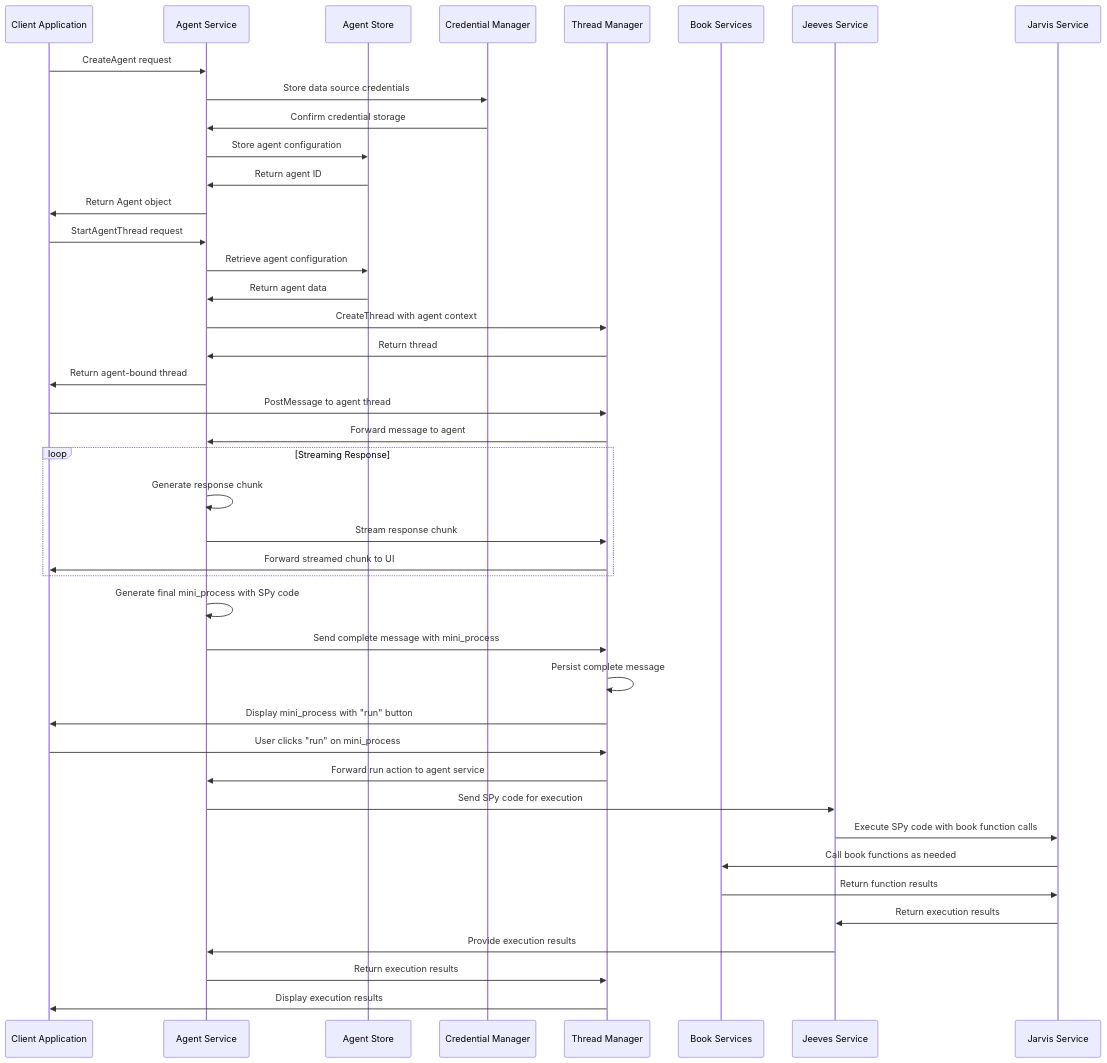
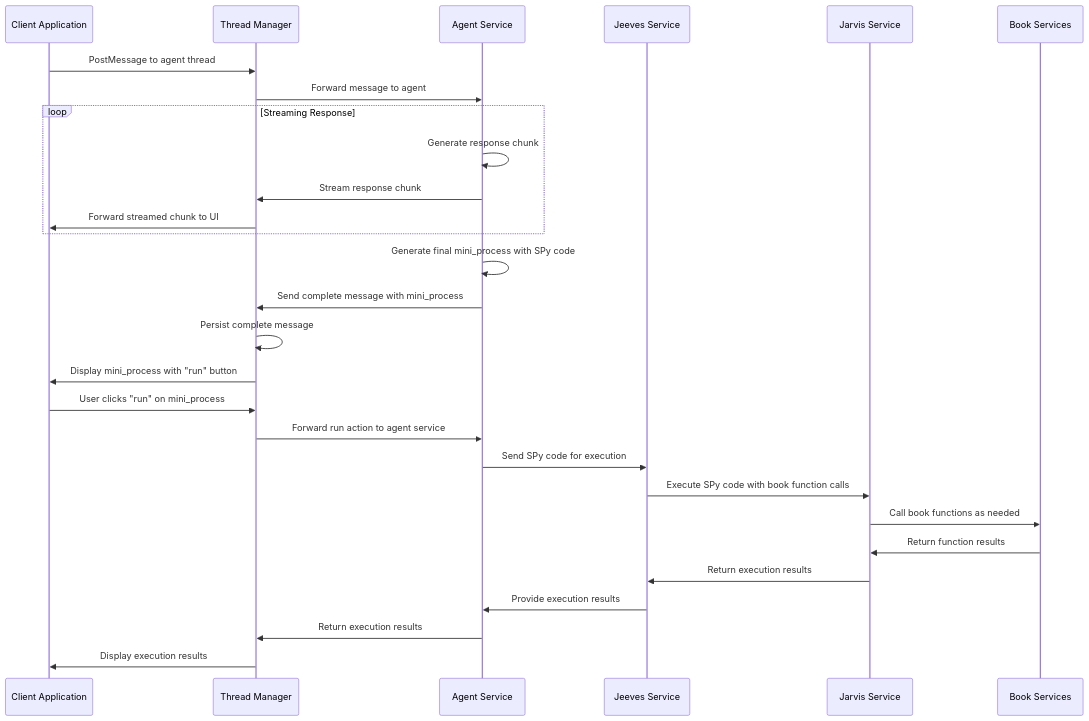
Before and after one commit to 3miliano/voyager-architecture: the second of 2 diagrams in docs/chat-agent-services/agent-service.md, drawn with Mermaid. The commit also changed other lines of this file, not shown here.

Commit message:
Separate Agent Service data flows for better clarity
- Split single complex data flow into two focused diagrams:
  1. Agent Creation and Configuration Flow - Shows admin/setup operations
  2. Agent Chat and Interaction Flow - Shows runtime conversation and execution

Benefits:
- Each flow is focused on a specific use case
- Easier to understand the different phases of agent lifecycle
- Configuration flow shows agent setup, credential storage, thread creation
- Chat flow shows streaming responses, mini_process generation, and execution
- Cleaner separation of concerns between setup and runtime operations

````diff
--- a/docs/chat-agent-services/agent-service.md
+++ b/docs/chat-agent-services/agent-service.md
@@ -115,50 +148,34 @@
 ```mermaid
 sequenceDiagram
     participant Client as Client Application
+    participant ThreadMgr as Thread Manager
     participant AgentSvc as Agent Service
-    participant AgentStore as Agent Store
-    participant CredMgr as Credential Manager
-    participant ThreadMgr as Thread Manager
-    participant Books as Book Services
     participant Jeeves as Jeeves Service
     participant Jarvis as Jarvis Service
-
-    Client->>AgentSvc: CreateAgent request
-    AgentSvc->>CredMgr: Store data source credentials
-    CredMgr->>AgentSvc: Confirm credential storage
-    AgentSvc->>AgentStore: Store agent configuration
-    AgentStore->>AgentSvc: Return agent ID
-    AgentSvc->>Client: Return Agent object
-
-    Client->>AgentSvc: StartAgentThread request
-    AgentSvc->>AgentStore: Retrieve agent configuration
-    AgentStore->>AgentSvc: Return agent data
-    AgentSvc->>ThreadMgr: CreateThread with agent context
-    ThreadMgr->>AgentSvc: Return thread
-    AgentSvc->>Client: Return agent-bound thread
+    participant Books as Book Services
 
     Client->>ThreadMgr: PostMessage to agent thread
     ThreadMgr->>AgentSvc: Forward message to agent
     
     loop Streaming Response
         AgentSvc->>AgentSvc: Generate response chunk
         AgentSvc->>ThreadMgr: Stream response chunk
         ThreadMgr->>Client: Forward streamed chunk to UI
     end
     
     AgentSvc->>AgentSvc: Generate final mini_process with SPy code
     AgentSvc->>ThreadMgr: Send complete message with mini_process
     ThreadMgr->>ThreadMgr: Persist complete message
     ThreadMgr->>Client: Display mini_process with "run" button
     
     Client->>ThreadMgr: User clicks "run" on mini_process
     ThreadMgr->>AgentSvc: Forward run action to agent service
     AgentSvc->>Jeeves: Send SPy code for execution
     Jeeves->>Jarvis: Execute SPy code with book function calls
     Jarvis->>Books: Call book functions as needed
     Books->>Jarvis: Return function results
     Jarvis->>Jeeves: Return execution results
     Jeeves->>AgentSvc: Provide execution results
     AgentSvc->>ThreadMgr: Return execution results
     ThreadMgr->>Client: Display execution results
 ```
````
